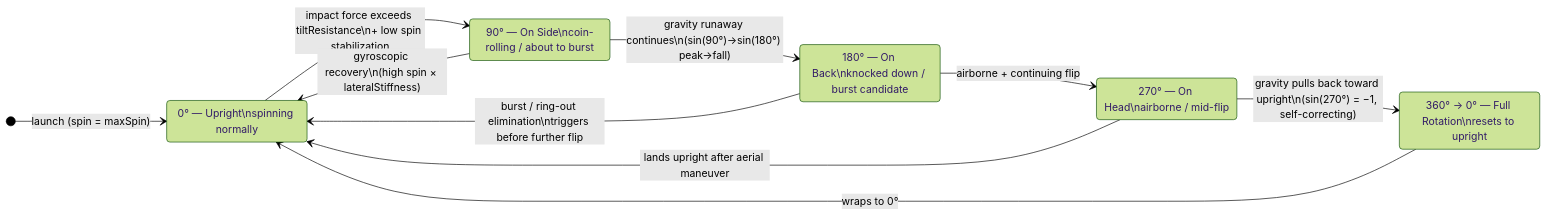
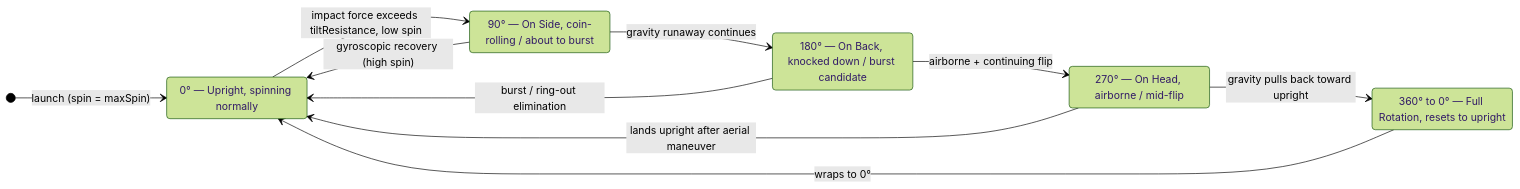
One commit to mohasinac/2.5D-Game changed the first of 3 diagrams in research/diagrams/diagram-tilt-angle.md. Above: the diagram before and after it, drawn with Mermaid (forest theme). The commit also changed other lines of this file and 80 other files, not shown here.

````diff
--- a/research/diagrams/diagram-tilt-angle.md
+++ b/research/diagrams/diagram-tilt-angle.md
@@ -9,22 +9,22 @@
 ```mermaid
 stateDiagram-v2
   direction LR
 
   [*] --> Upright : launch (spin = maxSpin)
 
-  Upright : 0° — Upright\nspinning normally
-  OnSide  : 90° — On Side\ncoin-rolling / about to burst
-  OnBack  : 180° — On Back\nknocked down / burst candidate
-  OnHead  : 270° — On Head\nairborne / mid-flip
-  FullRot : 360° → 0° — Full Rotation\nresets to upright
+  Upright : 0° — Upright, spinning normally
+  OnSide  : 90° — On Side, coin-rolling / about to burst
+  OnBack  : 180° — On Back, knocked down / burst candidate
+  OnHead  : 270° — On Head, airborne / mid-flip
+  FullRot : 360° to 0° — Full Rotation, resets to upright
 
-  Upright --> OnSide  : impact force exceeds tiltResistance\n+ low spin stabilization
-  OnSide  --> OnBack  : gravity runaway continues\n(sin(90°)→sin(180°) peak→fall)
+  Upright --> OnSide  : impact force exceeds tiltResistance, low spin
+  OnSide  --> OnBack  : gravity runaway continues
   OnBack  --> OnHead  : airborne + continuing flip
-  OnHead  --> FullRot : gravity pulls back toward upright\n(sin(270°) = −1, self-correcting)
+  OnHead  --> FullRot : gravity pulls back toward upright
   FullRot --> Upright : wraps to 0°
 
-  OnSide  --> Upright : gyroscopic recovery\n(high spin × lateralStiffness)
-  OnBack  --> Upright : burst / ring-out elimination\ntriggers before further flip
+  OnSide  --> Upright : gyroscopic recovery (high spin)
+  OnBack  --> Upright : burst / ring-out elimination
   OnHead  --> Upright : lands upright after aerial maneuver
 ```
````
